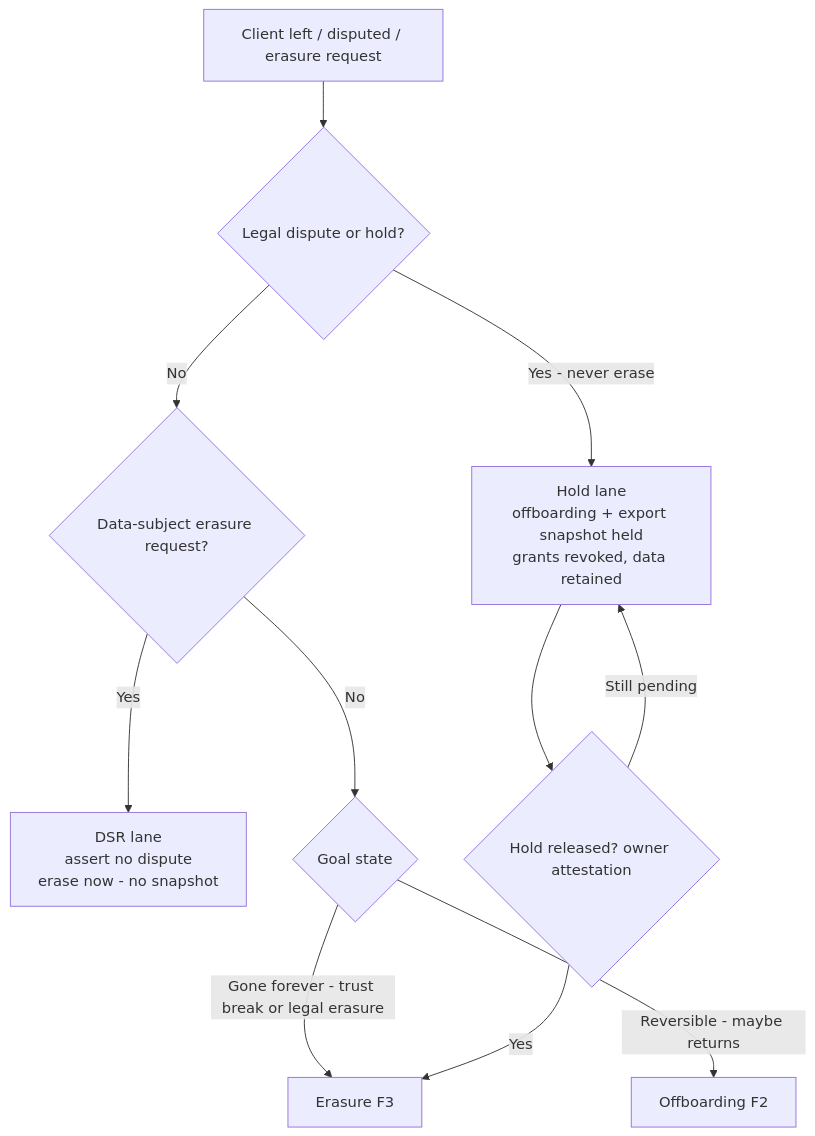
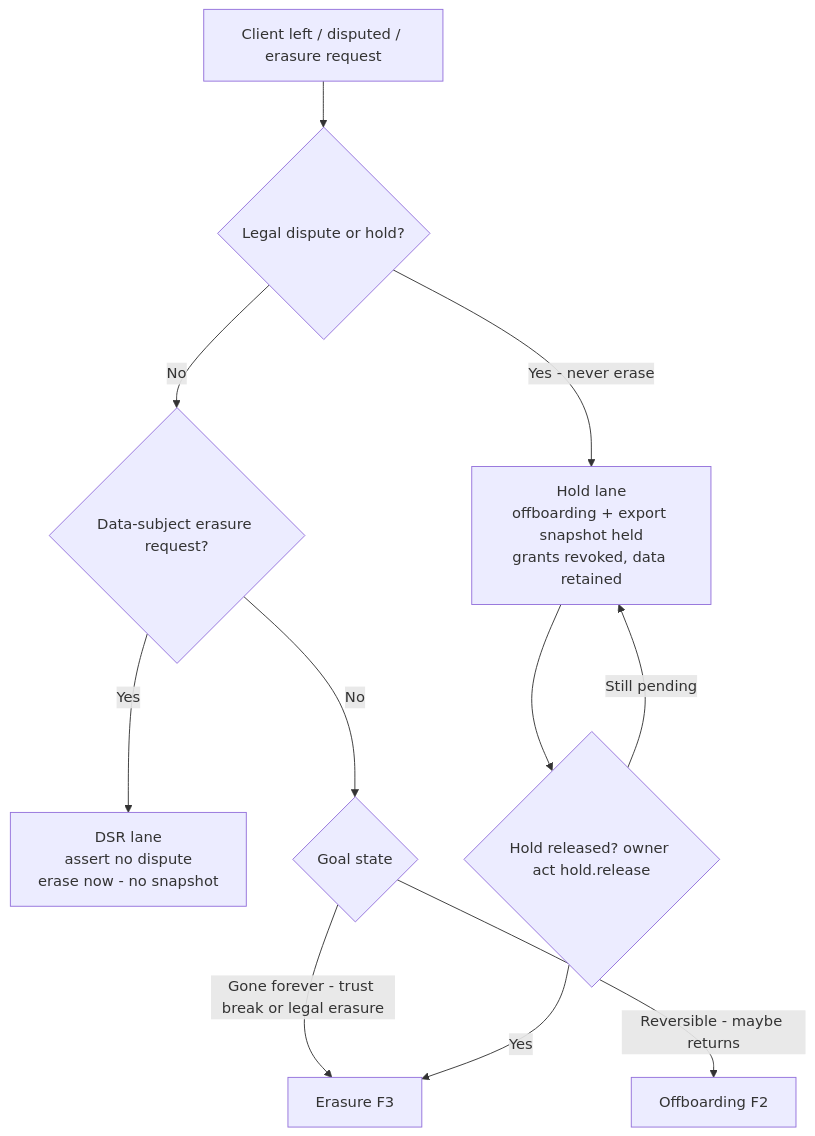
One commit to technodotventures/Smartware changed the third of 4 diagrams in docs/competitive/coffee-client-scope-flows.md. Above: the diagram before and after it, drawn with Mermaid. The commit also changed other lines of this file and 21 other files, not shown here.

First line of the commit message:
legal hold: explicit marker — erasure refused under hold, sweep skip, audited release (ADR-0009)

````diff
--- a/docs/competitive/coffee-client-scope-flows.md
+++ b/docs/competitive/coffee-client-scope-flows.md
@@ -94,13 +94,13 @@
 ```mermaid
 flowchart TD
     T[Client left / disputed / erasure request] --> Q1{Legal dispute or hold?}
     Q1 -->|Yes - never erase| HOLD[Hold lane<br/>offboarding + export snapshot held<br/>grants revoked, data retained]
     Q1 -->|No| Q2{Data-subject erasure request?}
     Q2 -->|Yes| DSR[DSR lane<br/>assert no dispute<br/>erase now - no snapshot]
     Q2 -->|No| Q3{Goal state}
     Q3 -->|Reversible - maybe returns| OFF[Offboarding F2]
     Q3 -->|Gone forever - trust break or legal erasure| ERA[Erasure F3]
-    HOLD --> HRELEASE{Hold released? owner attestation}
+    HOLD --> HRELEASE{Hold released? owner act hold.release}
     HRELEASE -->|Yes| ERA
     HRELEASE -->|Still pending| HOLD
 ```
````
